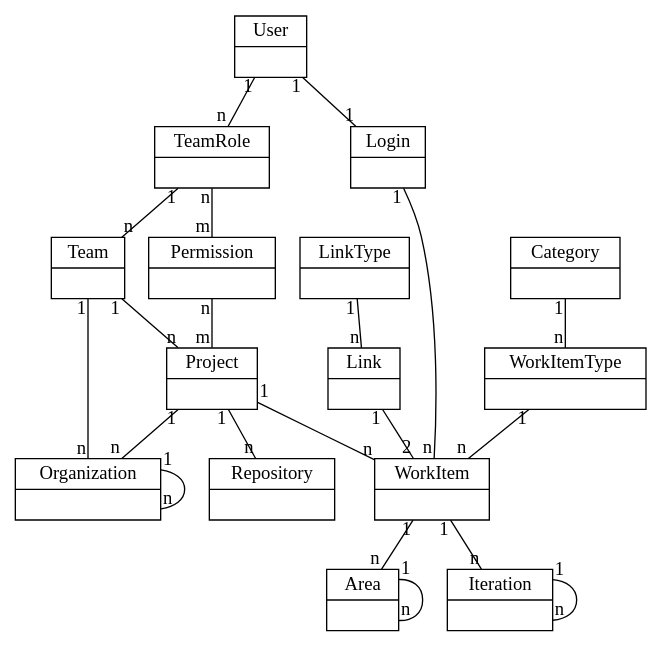
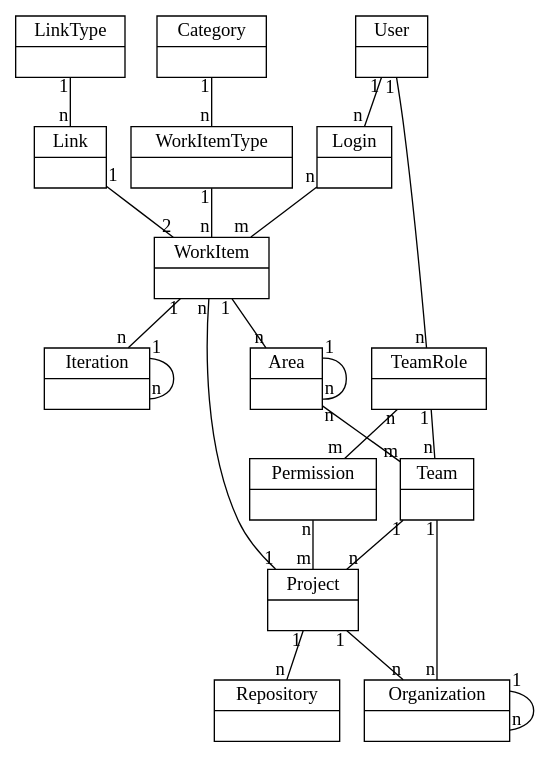
One commit to almighty/almighty-devdoc changed the diagram in _blueprints/model_overview.adoc. Above: the diagram before and after it, drawn with Graphviz.

Commit message:
Added changes from Aslak.

```diff
--- a/_blueprints/model_overview.adoc
+++ b/_blueprints/model_overview.adoc
@@ -3,69 +3,70 @@
 [graphviz, model_overview, svg]
 ----
 digraph G {
 	node [
 		shape = "record"
 	]
 
   USER [label = "{User|}"]
   LOGIN [label = "{Login|}"]
   TEAM_ROLE [label = "{TeamRole|}"]
   WORKITEM [label = "{WorkItem|}"]
   TEAM [label = "{Team|}"]
   PERMISSION [label = "{Permission|}"]
   PROJECT [label = "{Project|}"]
   WORKITEM_TYPE [label = "{WorkItemType|}"]
   CATEGORY [label = "{Category|}"]
   LINK [label = "{Link|}"]
   LINK_TYPE [label = "{LinkType|}"]
   REPOSITORY [label = "{Repository|}"]
   ORGANIZATION [label = "{Organization|}"]
   AREA [label = "{Area|}"]
   ITERATION [label = "{Iteration|}"]
 
 	edge [
 		arrowhead = "none"
 		headlabel = "n"
 		taillabel = "1"
 	]
 	USER -> TEAM_ROLE
-	LOGIN -> WORKITEM
 	TEAM_ROLE -> TEAM
 	TEAM -> PROJECT
 	PROJECT -> WORKITEM
 	PROJECT -> REPOSITORY
 	WORKITEM_TYPE -> WORKITEM
 	LINK_TYPE -> LINK
 	CATEGORY -> WORKITEM_TYPE
 	ORGANIZATION -> ORGANIZATION
 	AREA -> AREA
 	ITERATION -> ITERATION
 	TEAM -> ORGANIZATION
 	PROJECT -> ORGANIZATION
 	WORKITEM -> AREA
 	WORKITEM -> ITERATION
+	USER -> LOGIN
 
 	edge [
 		arrowhead = "none"
 		headlabel = "1"
 		taillabel = "1"
 	]
-	USER -> LOGIN
 
 	edge [
 		arrowhead = "none"
 		headlabel = "m"
 		taillabel = "n"
 	]
 	TEAM_ROLE -> PERMISSION
 	PERMISSION -> PROJECT
+	LOGIN -> WORKITEM
+	AREA -> TEAM
 
 	edge [
 		arrowhead = "none"
 		headlabel = "2"
 		taillabel = "1"
 	]
 	LINK -> WORKITEM
 
 }
 ----
```
